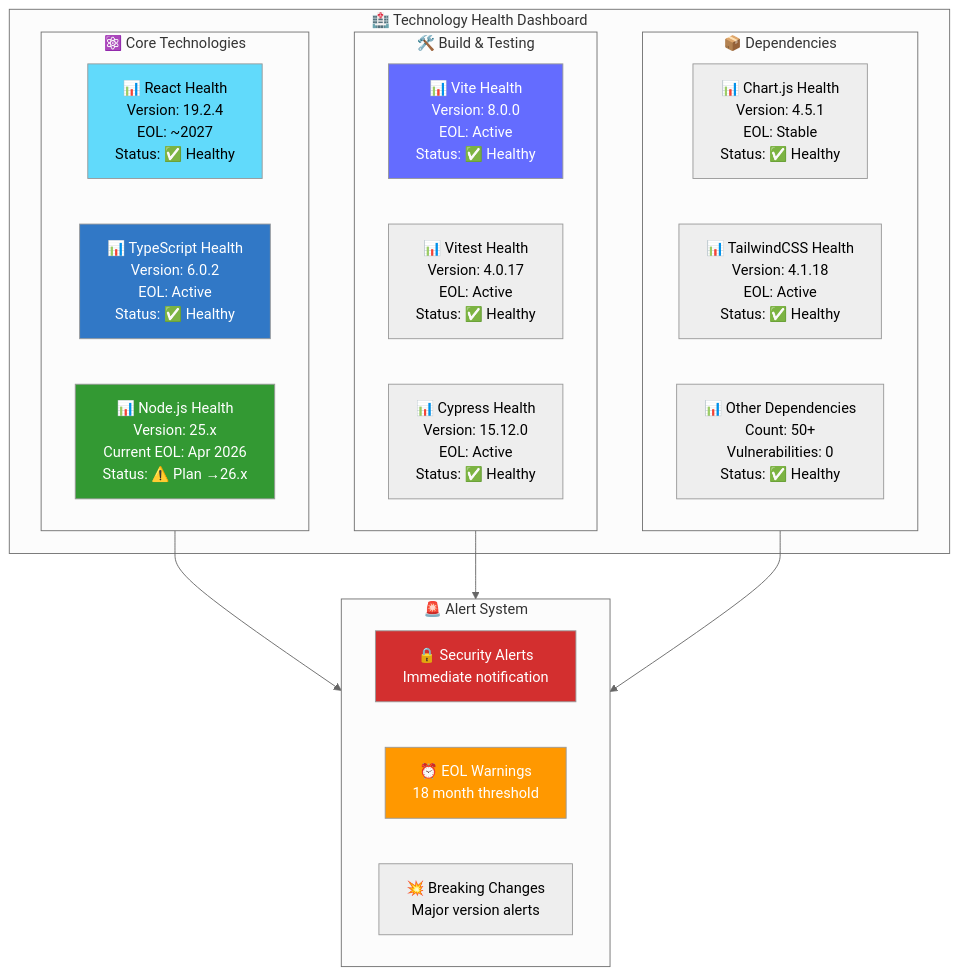
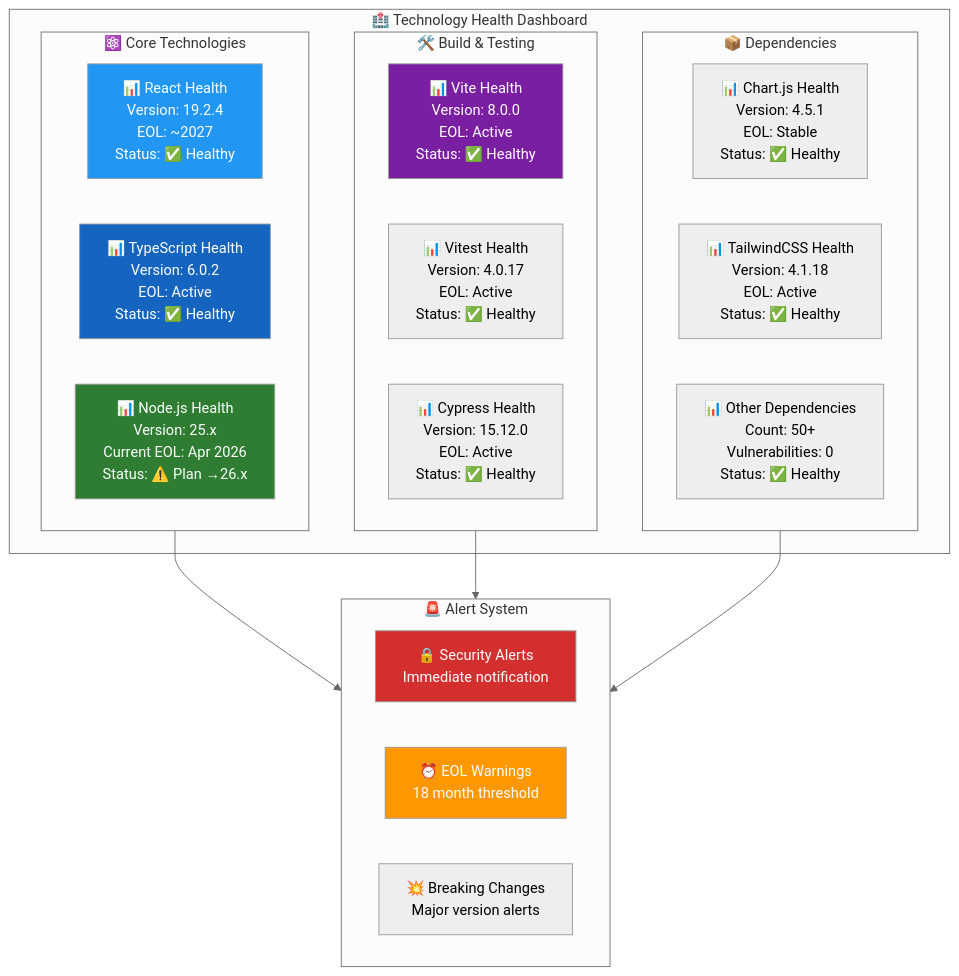
The ninth of 9 diagrams in docs/End-of-Life-Strategy.md (step-security-bot/cia-compliance-manager), drawn with Mermaid (neutral theme) before and after one commit. The commit also changed other lines of this file and 27 other files, not shown here.

First line of the commit message:
fix: resolve broken mermaid diagrams and improve color coding to match ISMS style guide (#1106)

````diff
--- a/docs/End-of-Life-Strategy.md
+++ b/docs/End-of-Life-Strategy.md
@@ -784,39 +716,39 @@
 ```mermaid
 graph TB
     subgraph HEALTH["🏥 Technology Health Dashboard"]
         subgraph CORE["⚛️ Core Technologies"]
             REACT[📊 React Health<br/>Version: 19.2.4<br/>EOL: ~2027<br/>Status: ✅ Healthy]
             TS[📊 TypeScript Health<br/>Version: 6.0.2<br/>EOL: Active<br/>Status: ✅ Healthy]
             NODE[📊 Node.js Health<br/>Version: 25.x<br/>Current EOL: Apr 2026<br/>Status: ⚠️ Plan →26.x]
         end
         
         subgraph TOOLS["🛠️ Build & Testing"]
             VITE[📊 Vite Health<br/>Version: 8.0.0<br/>EOL: Active<br/>Status: ✅ Healthy]
             VITEST[📊 Vitest Health<br/>Version: 4.0.17<br/>EOL: Active<br/>Status: ✅ Healthy]
             CYPRESS[📊 Cypress Health<br/>Version: 15.12.0<br/>EOL: Active<br/>Status: ✅ Healthy]
         end
         
         subgraph DEPS["📦 Dependencies"]
             CHART[📊 Chart.js Health<br/>Version: 4.5.1<br/>EOL: Stable<br/>Status: ✅ Healthy]
             TAILWIND[📊 TailwindCSS Health<br/>Version: 4.1.18<br/>EOL: Active<br/>Status: ✅ Healthy]
             OTHER[📊 Other Dependencies<br/>Count: 50+<br/>Vulnerabilities: 0<br/>Status: ✅ Healthy]
         end
     end
     
     subgraph ALERTS["🚨 Alert System"]
         SECURITY[🔒 Security Alerts<br/>Immediate notification]
         EOL[⏰ EOL Warnings<br/>18 month threshold]
         BREAKING[💥 Breaking Changes<br/>Major version alerts]
     end
     
     CORE --> ALERTS
     TOOLS --> ALERTS
     DEPS --> ALERTS
     
-    style REACT fill:#61dafb,color:#000
-    style TS fill:#3178c6,color:#fff
-    style NODE fill:#339933,color:#fff
-    style VITE fill:#646cff,color:#fff
+    style REACT fill:#2196F3,color:#fff
+    style TS fill:#1565C0,color:#fff
+    style NODE fill:#2E7D32,color:#fff
+    style VITE fill:#7B1FA2,color:#fff
     style SECURITY fill:#d32f2f,color:#fff
     style EOL fill:#ff9800,color:#fff
 ```
````
